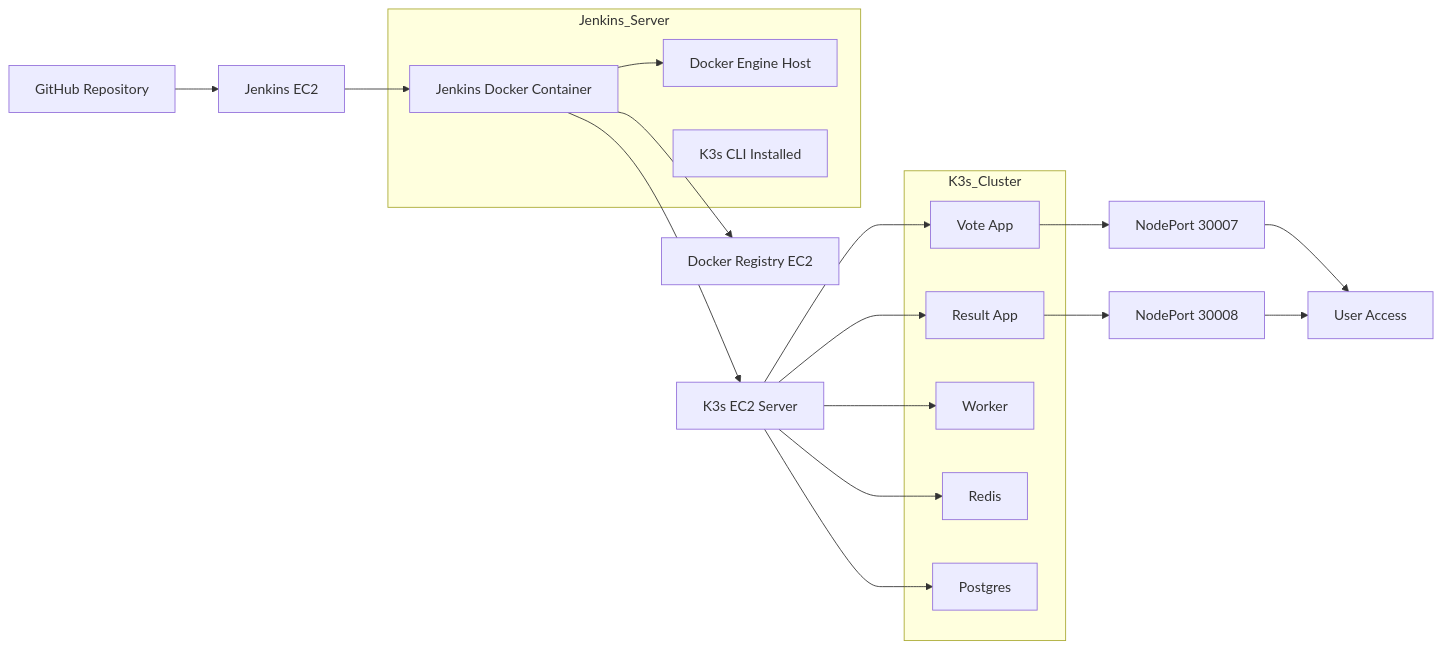
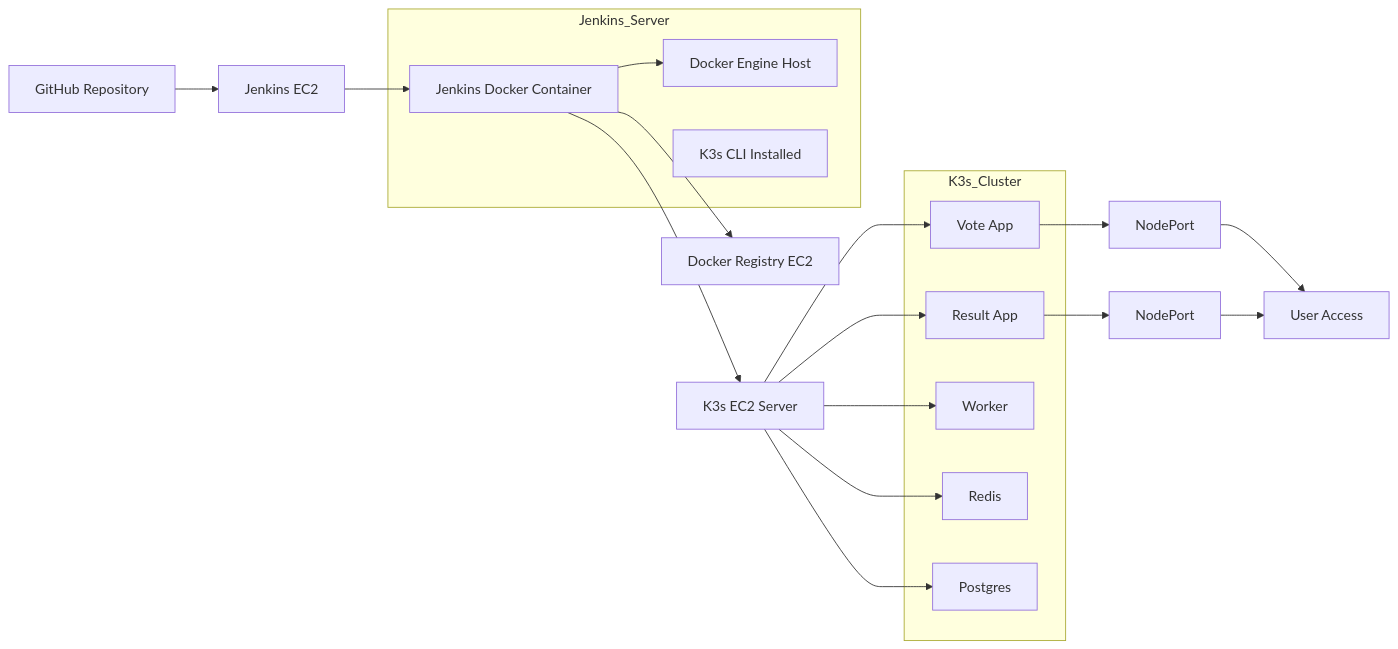
The diagram in README.md (WasSid1998/CI-CD-Pipeline-for-Voting-Application), drawn with Mermaid before and after one commit.

````diff
--- a/README.md
+++ b/README.md
@@ -35,37 +35,37 @@
 ```mermaid
 flowchart LR
     A[GitHub Repository] --> B[Jenkins EC2]
 
     subgraph Jenkins_Server
         B1[Jenkins Docker Container]
         B2[Docker Engine Host]
         B3[K3s CLI Installed]
         B1 --> B2
     end
 
     B --> B1
 
     B1 --> C[Docker Registry EC2]
 
     B1 --> D[K3s EC2 Server]
 
     subgraph K3s_Cluster
         D1[Vote App]
         D2[Result App]
         D3[Worker]
         D4[Redis]
         D5[Postgres]
     end
 
     D --> D1
     D --> D2
     D --> D3
     D --> D4
     D --> D5
 
-    D1 --> E[NodePort 30007]
-    D2 --> F[NodePort 30008]
+    D1 --> E[NodePort ]
+    D2 --> F[NodePort ]
 
     E --> G[User Access]
     F --> G
 ```
````
